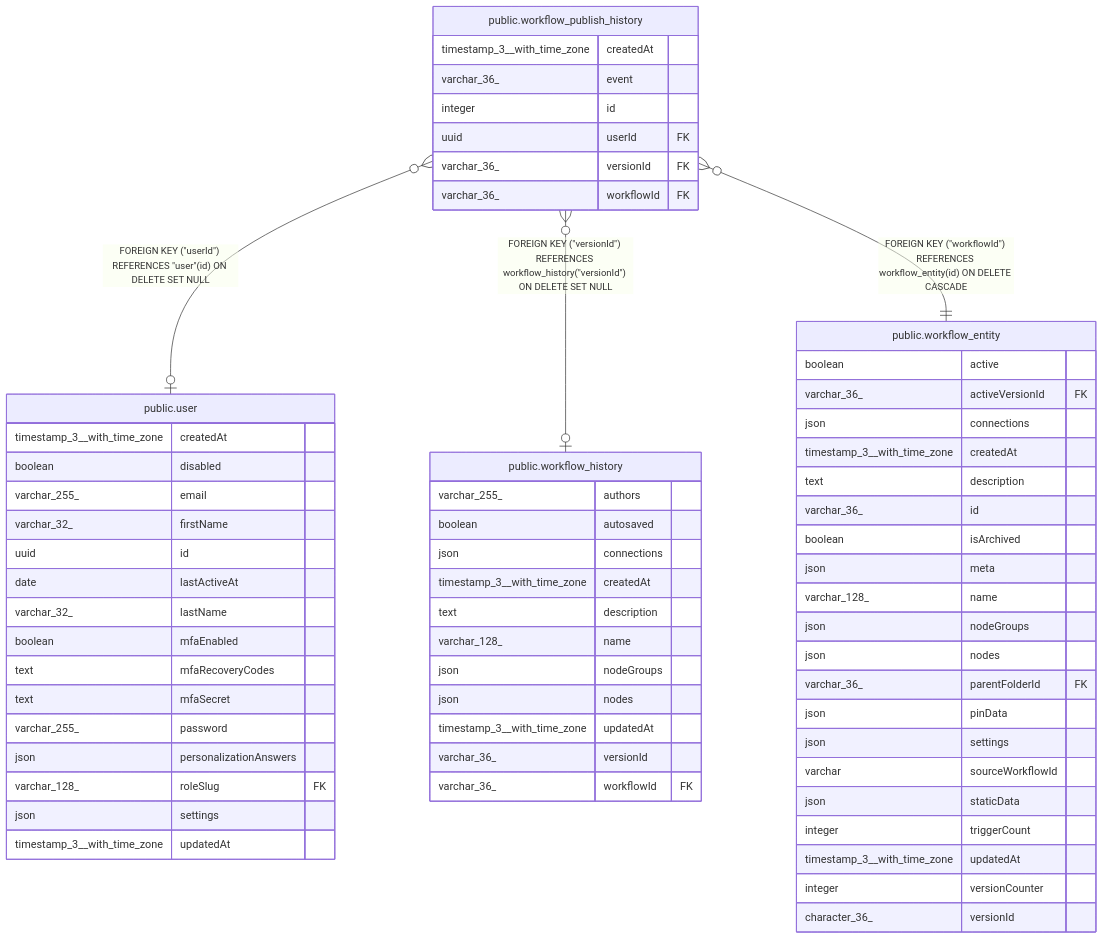
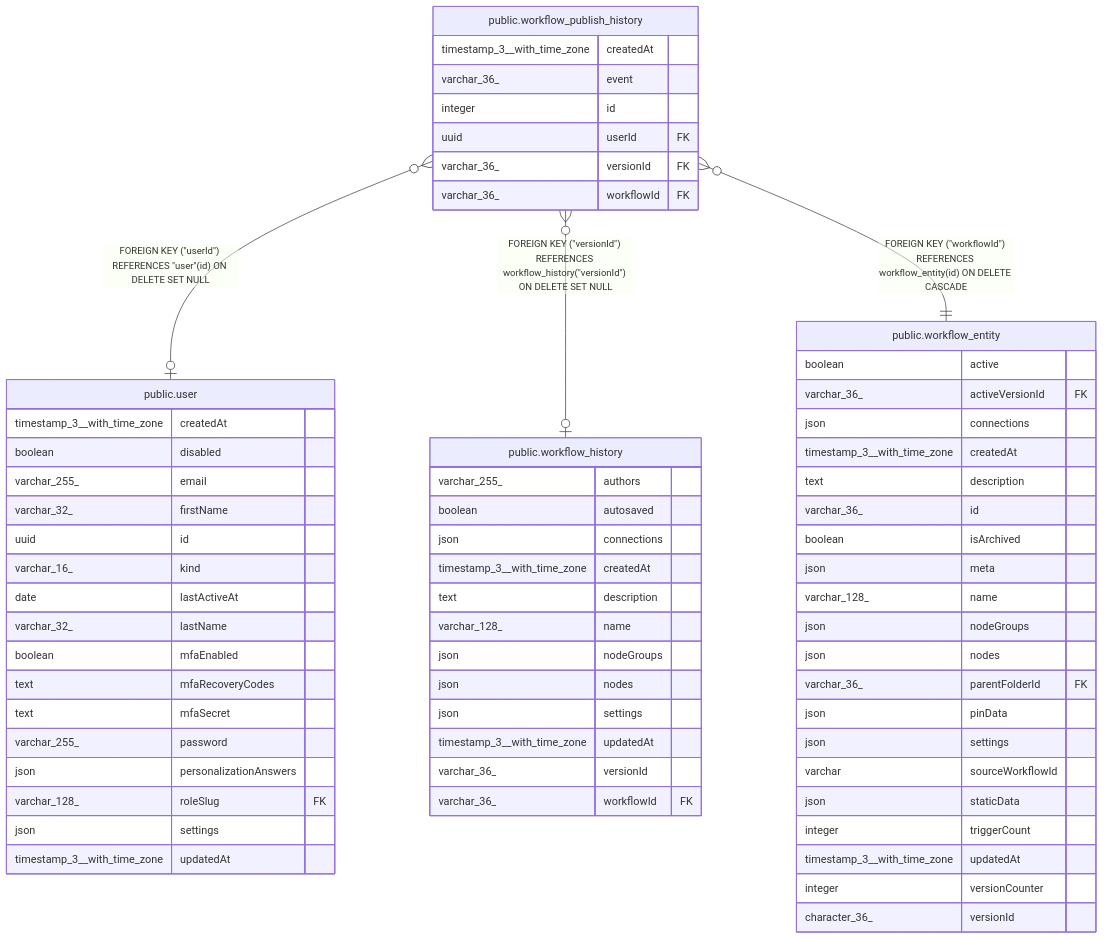
One commit to koreatest12/studys changed the diagram in n8n_integration/n8n_source/docs/generated/postgres-schema/public.workflow_publish_history.md. Above: the diagram before and after it, drawn with Mermaid. The commit also changed 23019 other files, not shown here.

````diff
--- a/n8n_integration/n8n_source/docs/generated/postgres-schema/public.workflow_publish_history.md
+++ b/n8n_integration/n8n_source/docs/generated/postgres-schema/public.workflow_publish_history.md
@@ -37,68 +37,70 @@
 ```mermaid
 erDiagram
 
 "public.workflow_publish_history" }o--o| "public.user" : "FOREIGN KEY (#quot;userId#quot;) REFERENCES #quot;user#quot;(id) ON DELETE SET NULL"
 "public.workflow_publish_history" }o--o| "public.workflow_history" : "FOREIGN KEY (#quot;versionId#quot;) REFERENCES workflow_history(#quot;versionId#quot;) ON DELETE SET NULL"
 "public.workflow_publish_history" }o--|| "public.workflow_entity" : "FOREIGN KEY (#quot;workflowId#quot;) REFERENCES workflow_entity(id) ON DELETE CASCADE"
 
 "public.workflow_publish_history" {
   timestamp_3__with_time_zone createdAt
   varchar_36_ event
   integer id
   uuid userId FK
   varchar_36_ versionId FK
   varchar_36_ workflowId FK
 }
 "public.user" {
   timestamp_3__with_time_zone createdAt
   boolean disabled
   varchar_255_ email
   varchar_32_ firstName
   uuid id
+  varchar_16_ kind
   date lastActiveAt
   varchar_32_ lastName
   boolean mfaEnabled
   text mfaRecoveryCodes
   text mfaSecret
   varchar_255_ password
   json personalizationAnswers
   varchar_128_ roleSlug FK
   json settings
   timestamp_3__with_time_zone updatedAt
 }
 "public.workflow_history" {
   varchar_255_ authors
   boolean autosaved
   json connections
   timestamp_3__with_time_zone createdAt
   text description
   varchar_128_ name
   json nodeGroups
   json nodes
+  json settings
   timestamp_3__with_time_zone updatedAt
   varchar_36_ versionId
   varchar_36_ workflowId FK
 }
 "public.workflow_entity" {
   boolean active
   varchar_36_ activeVersionId FK
   json connections
   timestamp_3__with_time_zone createdAt
   text description
   varchar_36_ id
   boolean isArchived
   json meta
   varchar_128_ name
   json nodeGroups
   json nodes
   varchar_36_ parentFolderId FK
   json pinData
   json settings
   varchar sourceWorkflowId
   json staticData
   integer triggerCount
   timestamp_3__with_time_zone updatedAt
   integer versionCounter
   character_36_ versionId
 }
 ```
````
